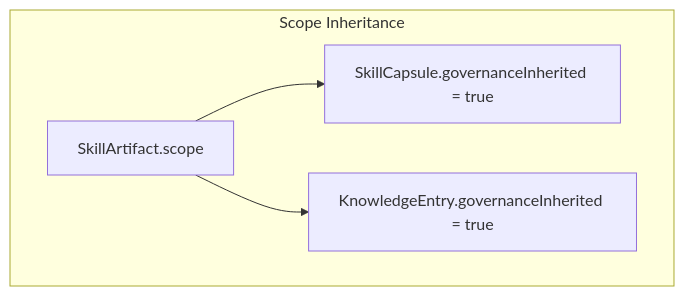
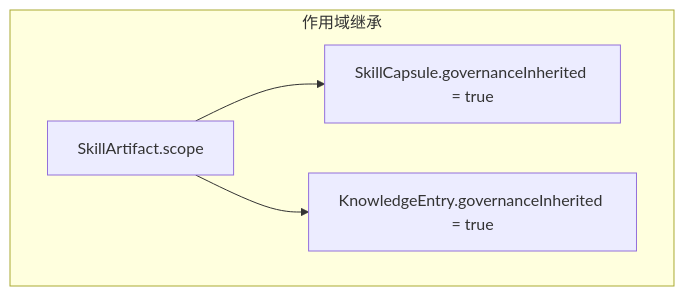
The fourth of 4 diagrams in docs/architecture/components/GOVERNANCE.md (pofossette/TrapMap-for-vibing), drawn with Mermaid before and after one commit. The commit also changed other lines of this file and 31 other files, not shown here.

````diff
--- a/docs/architecture/components/GOVERNANCE.md
+++ b/docs/architecture/components/GOVERNANCE.md
@@ -452,11 +452,11 @@
 ```mermaid
 flowchart TB
-    subgraph ScopeInheritance["Scope Inheritance"]
+    subgraph 作用域继承["作用域继承"]
         A["SkillArtifact.scope"]
         B["SkillCapsule.governanceInherited = true"]
         C["KnowledgeEntry.governanceInherited = true"]
         
         A --> B
         A --> C
     end
 ```
````
